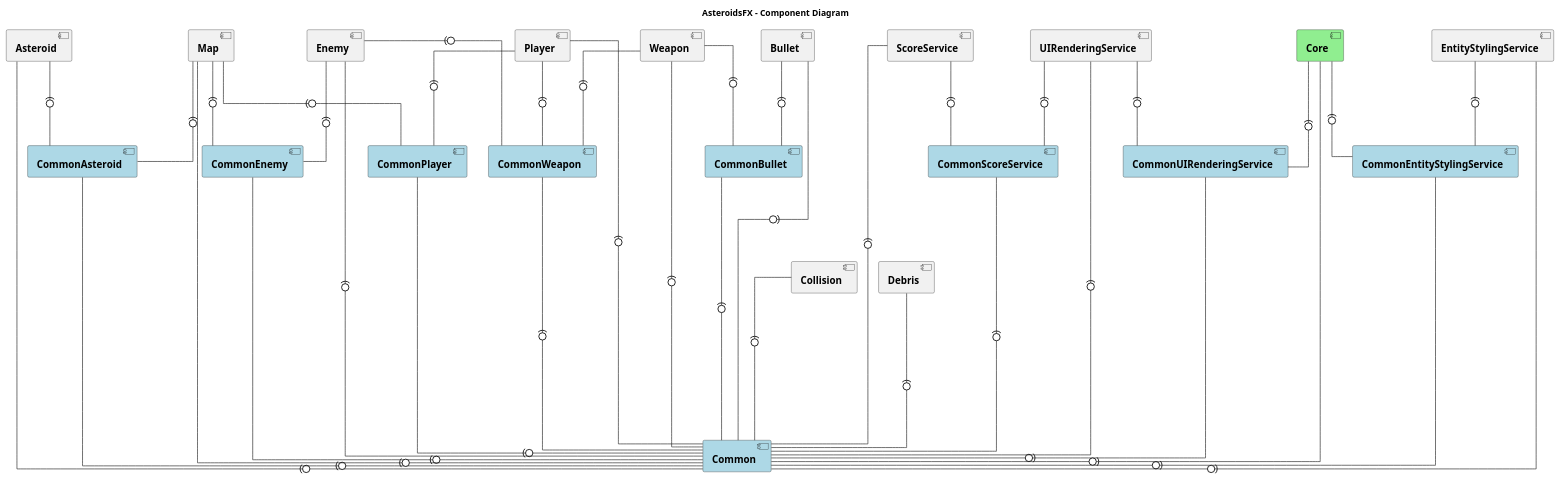
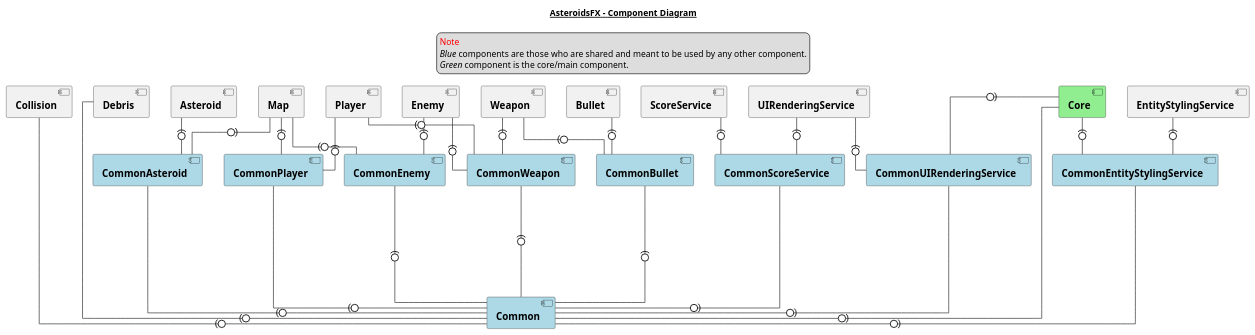
The diagram in diagrams/component.puml (jlars22/AsteroidsFX), drawn with PlantUML before and after one commit. The commit also changed 19 other files, not shown here.

Commit message:
refactor: Improved component and class diagram, added requires transitive to common modules

```diff
--- a/diagrams/component.puml
+++ b/diagrams/component.puml
@@ -1,112 +1,118 @@
 @startuml
-title AsteroidsFX - Component Diagram
+title
+<u>AsteroidsFX - Component Diagram</u>
+end title
+
+legend top
+<font color=red >Note</font>
+<i>Blue</i> components are those who are shared and meant to be used by any other component.
+<i>Green</i> component is the core/main component.
+end legend
+
 skinparam linetype ortho
-!pragma ratio 0.3
 skinparam component {
     FontName Arial
     FontSize 16
     FontStyle Bold
 }
 
-component [Asteroid]
-component [CommonWeapon] #Lightblue
-component [CommonPlayer] #Lightblue
-component [Bullet]
-component [Collision]
-component [Debris]
-component [Common] #Lightblue
-component [CommonAsteroid] #Lightblue
-component [CommonBullet] #Lightblue
-component [CommonEnemy] #Lightblue
-component [CommonScoreService] #Lightblue
-component [CommonEntityStylingService] #Lightblue
-component [CommonUIRenderingService] #Lightblue
+
+together {
+    component [Asteroid]
+    component [Bullet]
+    component [Debris]
+    component [Collision]
+    component [Enemy]
+    component [Weapon]
+    component [Map]
+    component [ScoreService]
+    component [Player]
+    component [UIRenderingService]
+
+}
+
+together {
+    component [CommonWeapon] #Lightblue
+    component [Common] #Lightblue
+    component [CommonAsteroid] #Lightblue
+    component [CommonBullet] #Lightblue
+    component [CommonEnemy] #Lightblue
+    component [CommonScoreService] #Lightblue
+    component [CommonEntityStylingService] #Lightblue
+    component [CommonUIRenderingService] #Lightblue
+    component [CommonPlayer] #Lightblue
+}
+
+component [EntityStylingService]
 component [Core] #Lightgreen
-component [Enemy]
-component [EntityStylingService]
-component [Map]
-component [Player]
-component [ScoreService]
-component [UIRenderingService]
-component [Weapon]
 
 'Asteroid'
-[Asteroid] --(0-- [Common]
 [Asteroid] -(0- [CommonAsteroid]
 
 'Bullet'
-[Bullet] --(0-- [Common]
 [Bullet] -(0- [CommonBullet]
 
 'Collision'
 [Collision] -(0-- [Common]
 
 'CommonAsteroid'
 [CommonAsteroid] --(0-- [Common]
 
 'CommonBullet'
 [CommonBullet] --(0-- [Common]
 
 'CommonEnemy'
 [CommonEnemy] --(0-- [Common]
 
 'CommonEntityStylingService'
 [CommonEntityStylingService] --(0-- [Common]
 
 'CommonPlayer'
 [CommonPlayer] --(0-- [Common]
 
 'CommonScoreService'
 [CommonScoreService] --(0-- [Common]
 
 'CommonUIRenderingService'
 [CommonUIRenderingService] --(0-- [Common]
 
 'CommonWeapon'
 [CommonWeapon] --(0-- [Common]
 
 'Core'
 [Core] --(0-- [Common]
 [Core] -(0- [CommonUIRenderingService]
 [Core] -(0- [CommonEntityStylingService]
 
 'Debris'
 [Debris] -(0-- [Common]
 
 'Enemy'
-[Enemy] --(0-- [Common]
 [Enemy] -(0- [CommonEnemy]
 [Enemy] -(0- [CommonWeapon]
 
 'EntityStylingService'
-[EntityStylingService] --(0-- [Common]
 [EntityStylingService] -(0- [CommonEntityStylingService]
 
 'Map'
-[Map] --(0-- [Common]
 [Map] -(0- [CommonAsteroid]
 [Map] -(0- [CommonPlayer]
 [Map] -(0- [CommonEnemy]
 
 'Player'
-[Player] --(0-- [Common]
 [Player] -(0- [CommonWeapon]
 [Player] -(0- [CommonPlayer]
 
 
 'ScoreService'
-[ScoreService] --(0-- [Common]
 [ScoreService] -(0- [CommonScoreService]
 
 'UIRenderingService'
-[UIRenderingService] --(0-- [Common]
 [UIRenderingService] -(0- [CommonUIRenderingService]
 [UIRenderingService] -(0- [CommonScoreService]
 
 'Weapon'
-[Weapon] --(0-- [Common]
 [Weapon] -(0- [CommonWeapon]
 [Weapon] -(0- [CommonBullet]
 
-
 @enduml
```
